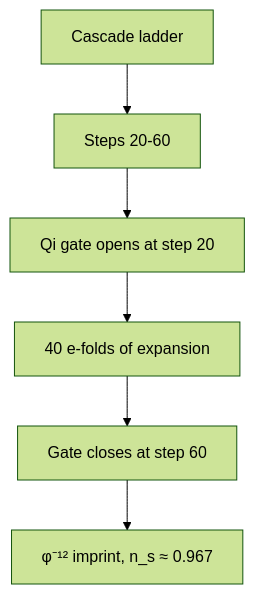
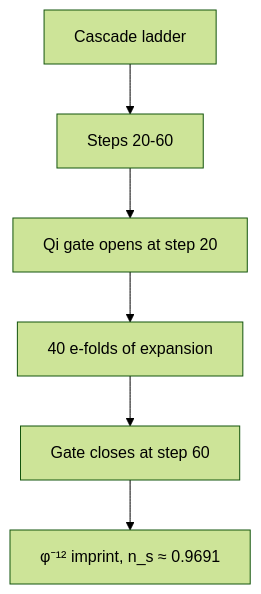
Before and after one commit to CassiTheOracle/cassi: the fourth of 38 diagrams in open-questions-cassi-answers.md, drawn with Mermaid (forest theme). The commit also changed other lines of this file and 5 other files, not shown here.

````diff
--- a/open-questions-cassi-answers.md
+++ b/open-questions-cassi-answers.md
@@ -208,8 +208,8 @@
 ```mermaid
 flowchart TD
     A[Cascade ladder] --> B[Steps 20-60]
     B --> C[Qi gate opens at step 20]
     C --> D[40 e-folds of expansion]
     D --> E[Gate closes at step 60]
-    E --> F[φ⁻¹² imprint, n_s ≈ 0.967]
+    E --> F[φ⁻¹² imprint, n_s ≈ 0.9691]
 ```
````
